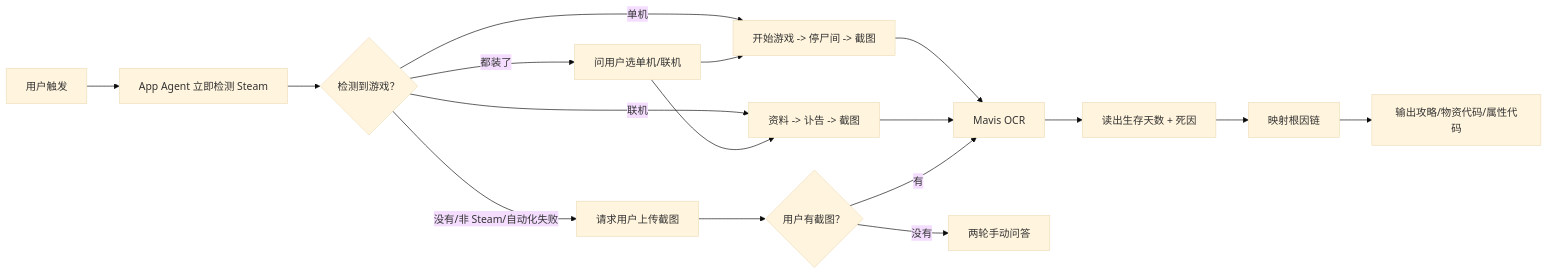
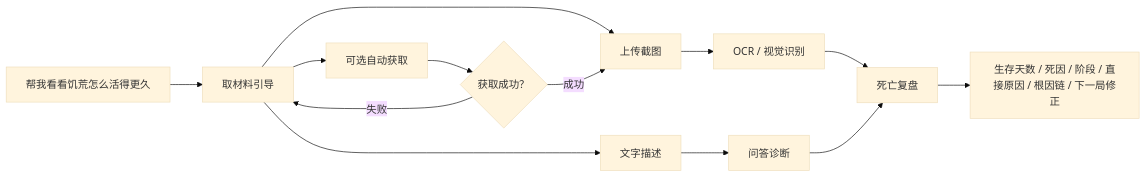
One commit to WonderBach/dont-starve-mavis-skill changed the second of 2 diagrams in docs/skill_decision_flow.md. Above: the diagram before and after it, drawn with Mermaid (base theme). The commit also changed other lines of this file and 6 other files, not shown here.

````diff
--- a/docs/skill_decision_flow.md
+++ b/docs/skill_decision_flow.md
@@ -138,19 +47,15 @@
 ```mermaid
 flowchart LR
-    A["用户触发"] --> D["App Agent 立即检测 Steam"]
-    D --> E{"检测到游戏？"}
-    E -- "单机" --> F["开始游戏 -> 停尸间 -> 截图"]
-    E -- "联机" --> G["资料 -> 讣告 -> 截图"]
-    E -- "都装了" --> H["问用户选单机/联机"]
-    E -- "没有/非 Steam/自动化失败" --> I["请求用户上传截图"]
-    F --> C
-    G --> C
-    H --> F
-    H --> G
-    I --> X{"用户有截图？"}
-    X -- "有" --> C["Mavis OCR"]
-    X -- "没有" --> J["两轮手动问答"]
-    C --> K["读出生存天数 + 死因"]
-    K --> L["映射根因链"]
-    L --> M["输出攻略/物资代码/属性代码"]
+    A["帮我看看饥荒怎么活得更久"] --> B["取材料引导"]
+    B --> C["上传截图"]
+    B --> D["文字描述"]
+    B --> E["可选自动获取"]
+    E --> F{"获取成功？"}
+    F -- "成功" --> C
+    F -- "失败" --> B
+    C --> G["OCR / 视觉识别"]
+    D --> H["问答诊断"]
+    G --> I["死亡复盘"]
+    H --> I
+    I --> J["生存天数 / 死因 / 阶段 / 直接原因 / 根因链 / 下一局修正"]
 ```
````
